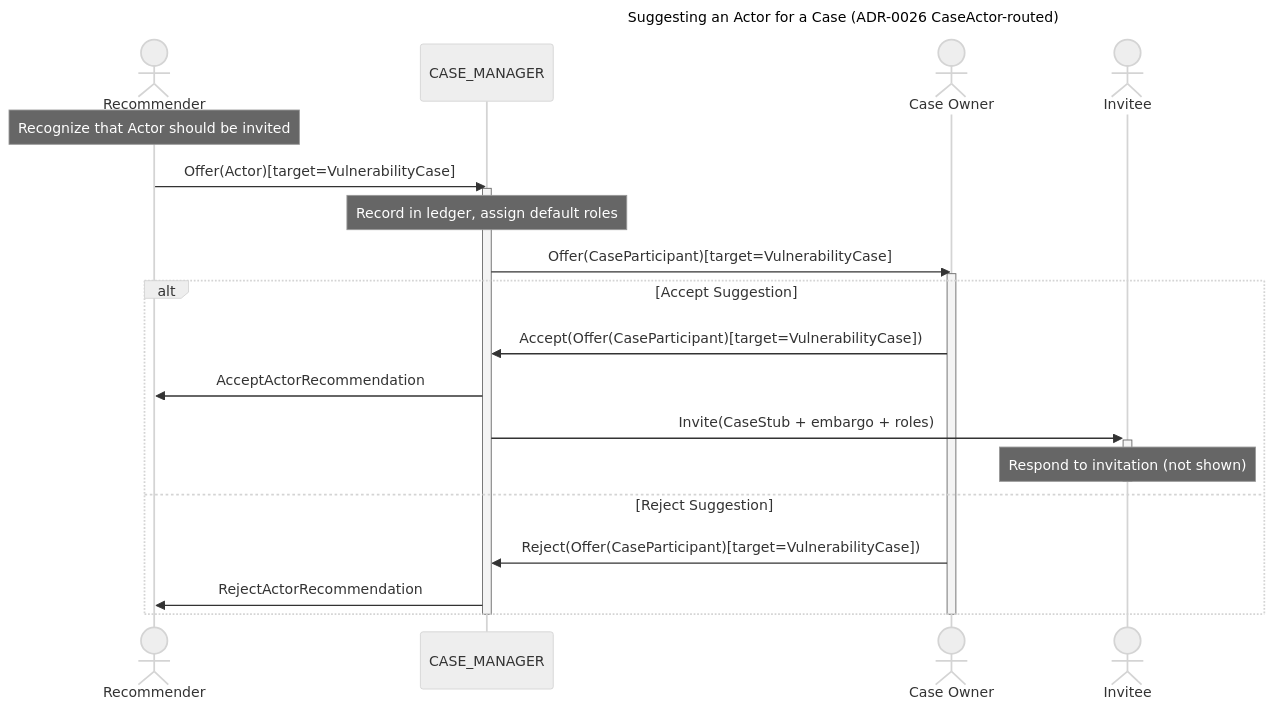
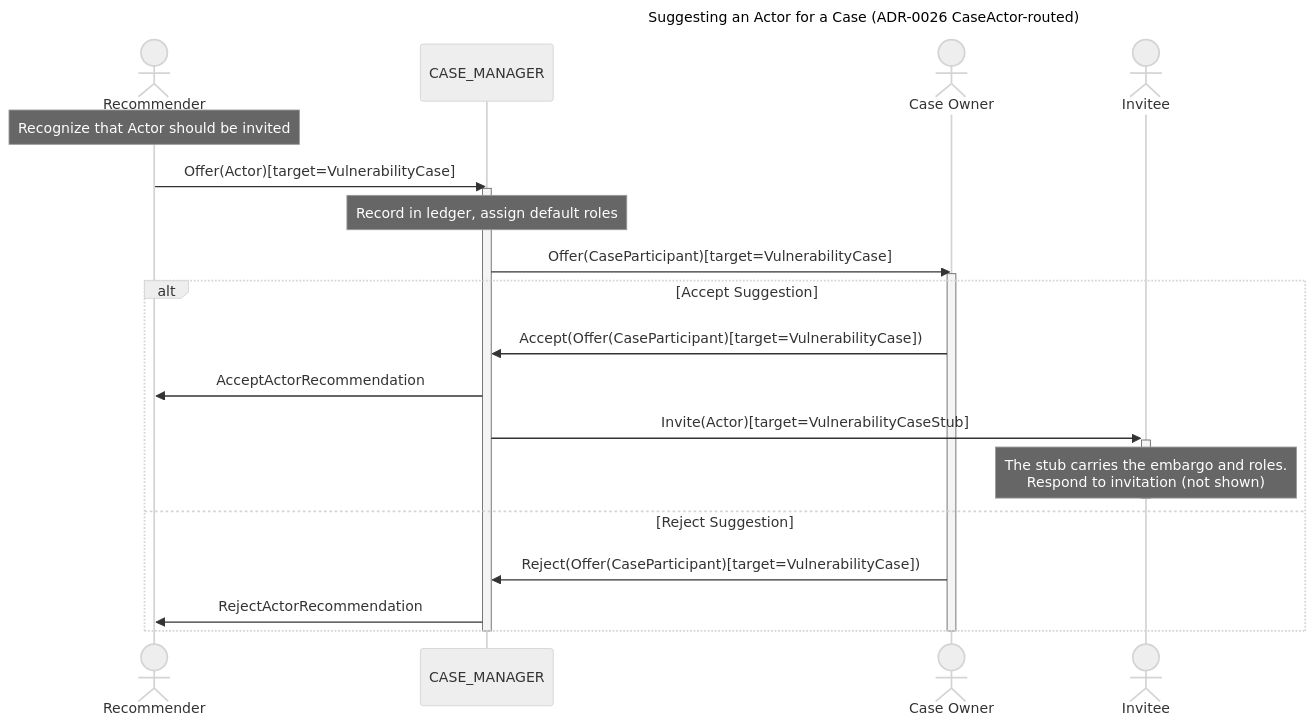
One commit to CERTCC/Vultron changed the diagram in docs/howto/activitypub/activities/suggest_actor.md. Above: the diagram before and after it, drawn with Mermaid (neutral theme). The commit also changed 140 other files, not shown here.

````diff
--- a/docs/howto/activitypub/activities/suggest_actor.md
+++ b/docs/howto/activitypub/activities/suggest_actor.md
@@ -35,28 +35,28 @@
 ```mermaid
 ---
 title: Suggesting an Actor for a Case (ADR-0026 CaseActor-routed)
 ---
 sequenceDiagram
     actor A as Recommender
     participant CA as CASE_MANAGER
     actor B as Case Owner
     actor D as Invitee
     Note over A: Recognize that Actor should be invited
     A ->> CA: Offer(Actor)[target=VulnerabilityCase]
     activate CA
     Note over CA: Record in ledger, assign default roles
     CA ->> B: Offer(CaseParticipant)[target=VulnerabilityCase]
     activate B
     alt Accept Suggestion
         B ->> CA: Accept(Offer(CaseParticipant)[target=VulnerabilityCase])
         CA ->> A: AcceptActorRecommendation
-        CA ->>+ D: Invite(CaseStub + embargo + roles)
-        note over D: Respond to invitation (not shown)
+        CA ->>+ D: Invite(Actor)[target=VulnerabilityCaseStub]
+        note over D: The stub carries the embargo and roles.<br/>Respond to invitation (not shown)
         deactivate D
     else Reject Suggestion
         B ->> CA: Reject(Offer(CaseParticipant)[target=VulnerabilityCase])
         CA ->> A: RejectActorRecommendation
     end
     deactivate B
     deactivate CA
 ```
````
